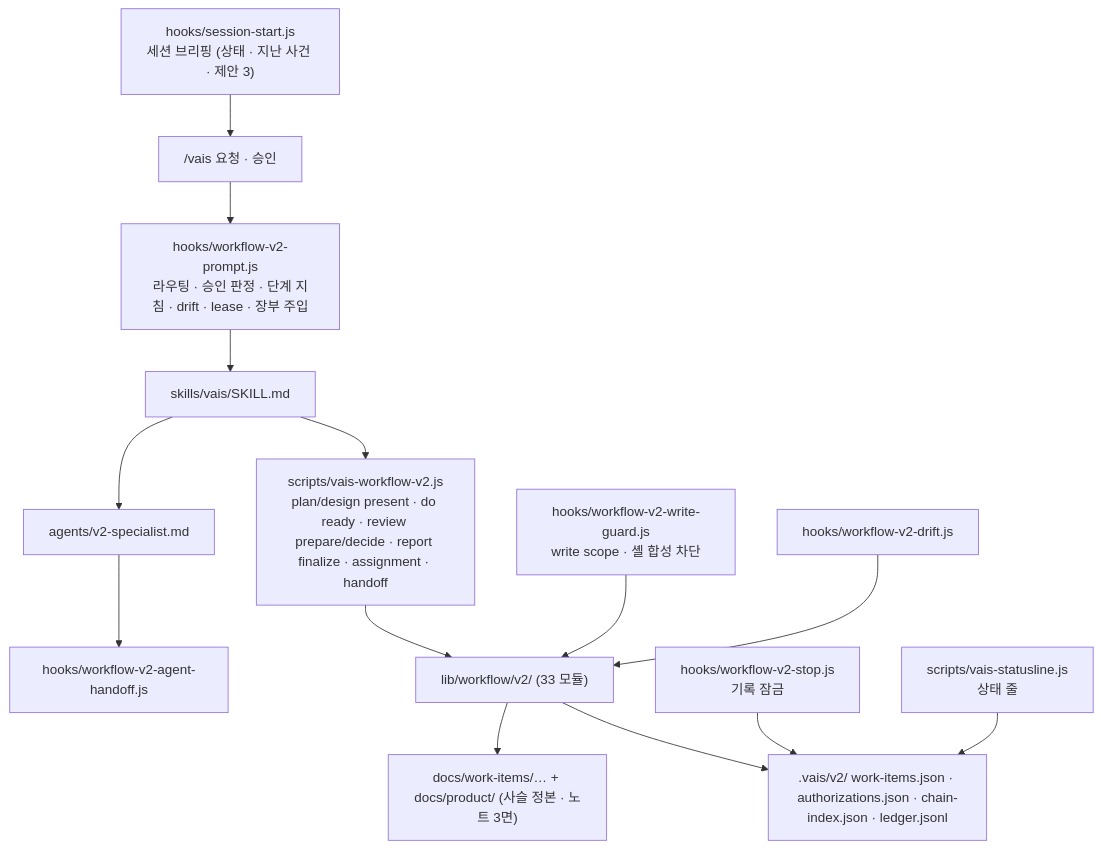
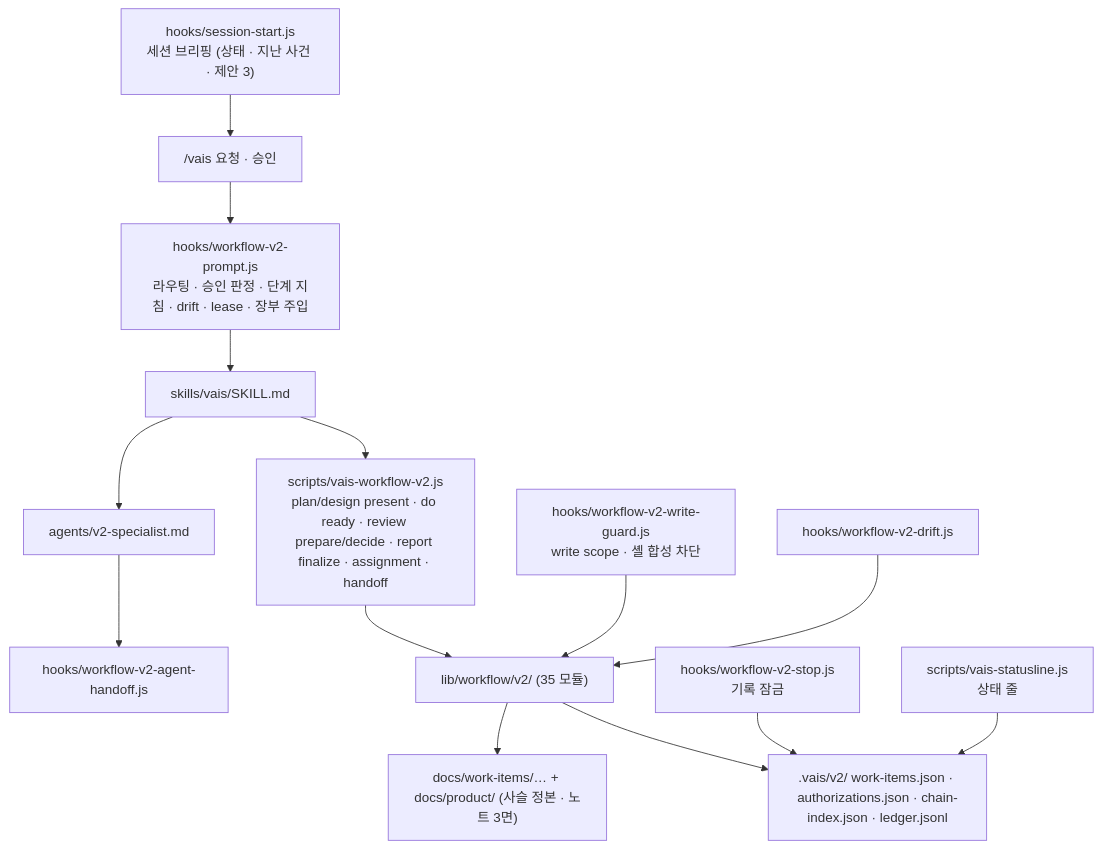
Before and after one commit to ghlee3401/vais-claude-code: the diagram in ONBOARDING.md, drawn with Mermaid. The commit also changed other lines of this file and 62 other files, not shown here.

````diff
--- a/ONBOARDING.md
+++ b/ONBOARDING.md
@@ -32,16 +27,16 @@
 ```mermaid
 flowchart TB
     START["hooks/session-start.js<br/>세션 브리핑 (상태 · 지난 사건 · 제안 3)"] --> USER
     USER["/vais 요청 · 승인"] --> PROMPT["hooks/workflow-v2-prompt.js<br/>라우팅 · 승인 판정 · 단계 지침 · drift · lease · 장부 주입"]
     PROMPT --> SKILL["skills/vais/SKILL.md"]
     SKILL --> CLI["scripts/vais-workflow-v2.js<br/>plan/design present · do ready · review prepare/decide · report finalize · assignment · handoff"]
-    CLI --> LIB["lib/workflow/v2/ (33 모듈)"]
+    CLI --> LIB["lib/workflow/v2/ (35 모듈)"]
     LIB --> STATE[".vais/v2/ work-items.json · authorizations.json · chain-index.json · ledger.jsonl"]
     LIB --> DOCS["docs/work-items/… + docs/product/ (사슬 정본 · 노트 3면)"]
     SKILL --> AGENT["agents/v2-specialist.md"]
     AGENT --> HANDOFF["hooks/workflow-v2-agent-handoff.js"]
     GUARD["hooks/workflow-v2-write-guard.js<br/>write scope · 셸 합성 차단"] --> LIB
     DRIFT["hooks/workflow-v2-drift.js"] --> LIB
     STOP["hooks/workflow-v2-stop.js<br/>기록 잠금"] --> STATE
     STATUS["scripts/vais-statusline.js<br/>상태 줄"] --> STATE
 ```
````
